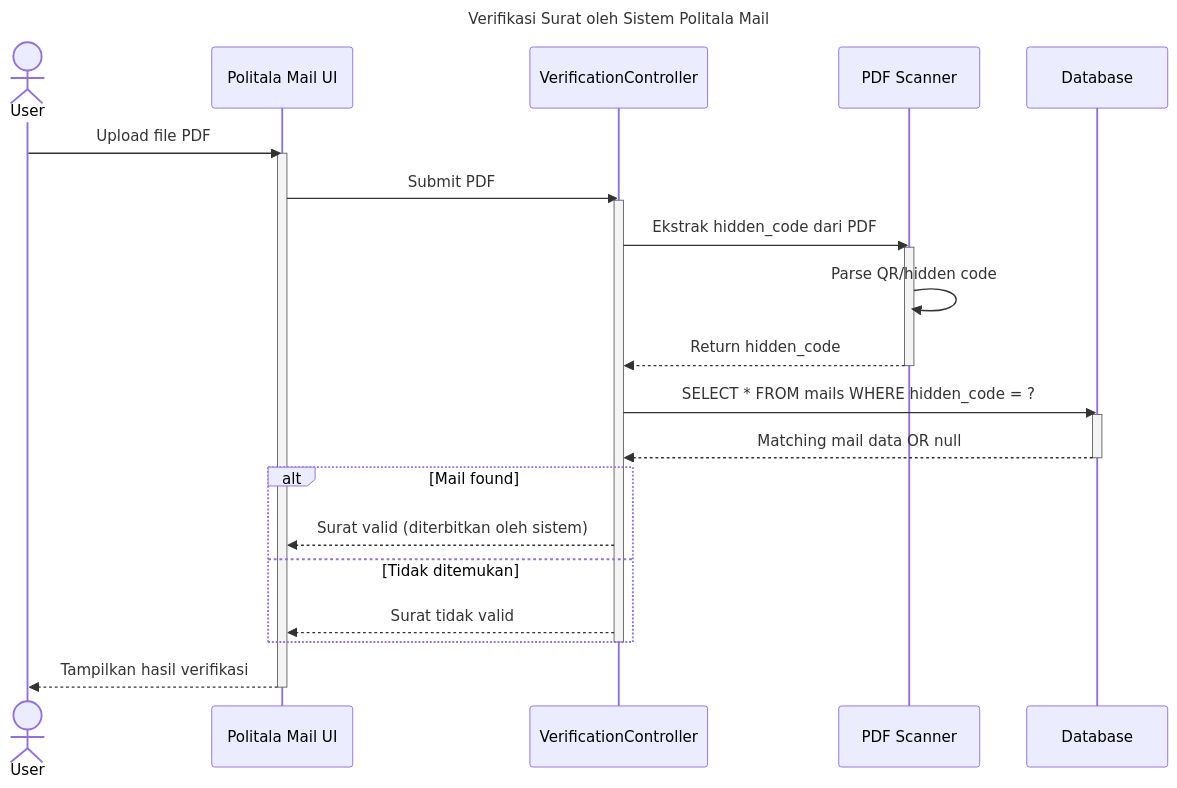
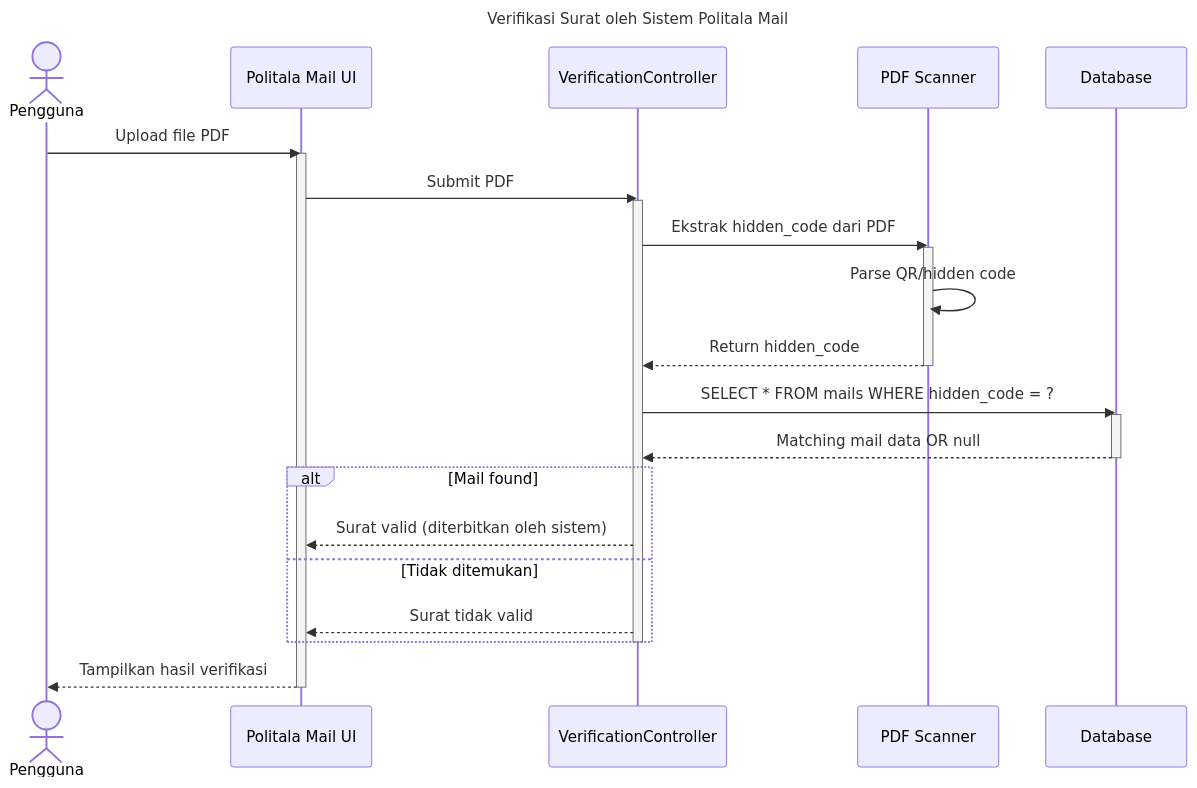
Before and after one commit to davidhadinugroho24601/UML-politala-mail: the diagram in NonModelFeature/Verifikasi Surat.md, drawn with Mermaid. The commit also changed 9 other files, not shown here.

````diff
--- a/NonModelFeature/Verifikasi Surat.md
+++ b/NonModelFeature/Verifikasi Surat.md
@@ -1,41 +1,41 @@
 ```mermaid
 
 sequenceDiagram
     title Verifikasi Surat oleh Sistem Politala Mail
 
-    actor User
+    actor Pengguna
     participant WebUI as Politala Mail UI
     participant VerificationController
     participant PDFScanner as PDF Scanner
     participant DB as Database
 
-    User ->> WebUI: Upload file PDF
+    Pengguna ->> WebUI: Upload file PDF
     activate WebUI
     WebUI ->> VerificationController: Submit PDF
     activate VerificationController
 
     VerificationController ->> PDFScanner: Ekstrak hidden_code dari PDF
     activate PDFScanner
     PDFScanner ->> PDFScanner: Parse QR/hidden code
     PDFScanner -->> VerificationController: Return hidden_code
     deactivate PDFScanner
 
     VerificationController ->> DB: SELECT * FROM mails WHERE hidden_code = ?
     activate DB
     DB -->> VerificationController: Matching mail data OR null
     deactivate DB
 
     alt Mail found
         VerificationController -->> WebUI: Surat valid  (diterbitkan oleh sistem)
     else Tidak ditemukan
         VerificationController -->> WebUI: Surat tidak valid 
     end
     deactivate VerificationController
 
-    WebUI -->> User: Tampilkan hasil verifikasi
+    WebUI -->> Pengguna: Tampilkan hasil verifikasi
     deactivate WebUI
 
 
 
 
 ```
````
